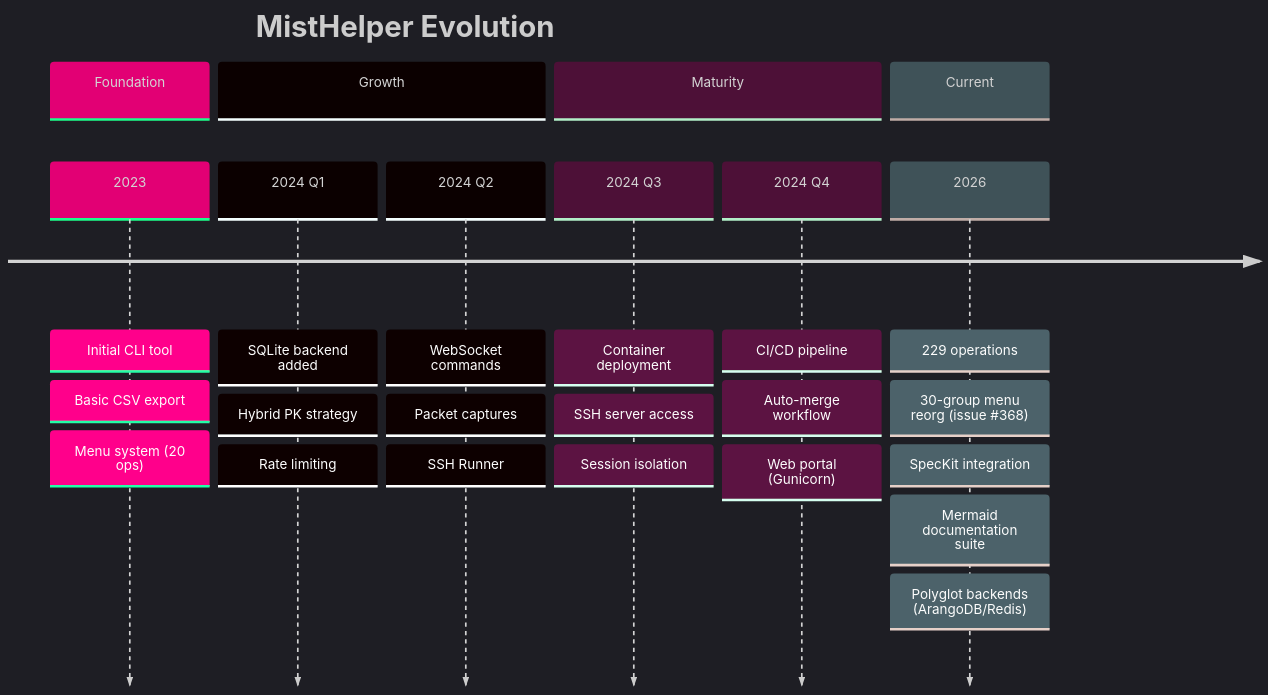
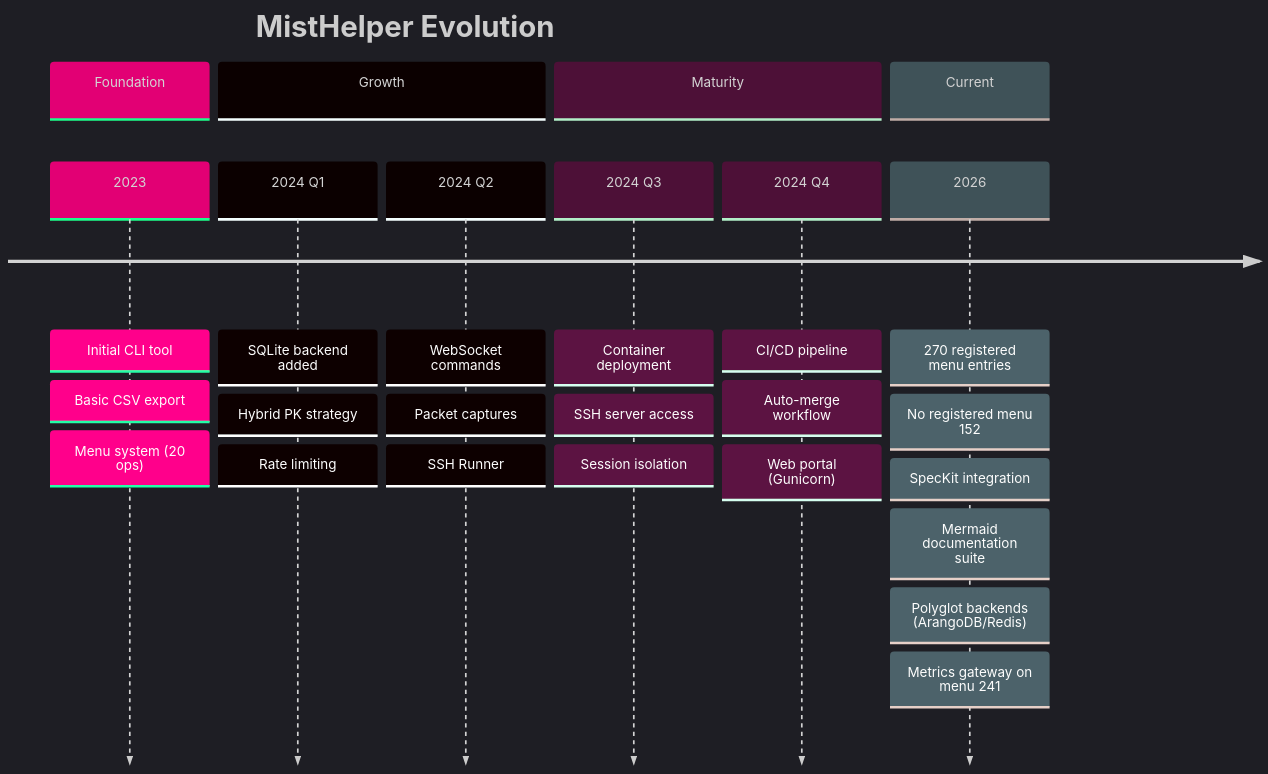
One commit to jmorrison-juniper/MistHelper changed the fifth of 5 diagrams in documentation/diagrams/operations/metrics-and-analytics.md. Above: the diagram before and after it, drawn with Mermaid. The commit also changed other lines of this file and 110 other files, not shown here.

````diff
--- a/documentation/diagrams/operations/metrics-and-analytics.md
+++ b/documentation/diagrams/operations/metrics-and-analytics.md
@@ -149,37 +149,38 @@
 ```mermaid
 %%{init: {'theme': 'dark', 'themeVariables': {
   'primaryColor': '#E20074',
   'primaryTextColor': '#E0E0E0',
   'primaryBorderColor': '#99004D',
   'lineColor': '#FF4DA6',
   'secondaryColor': '#16213E',
   'tertiaryColor': '#1A1A2E',
   'fontFamily': 'ui-monospace, monospace'
 }}}%%
 timeline
     title MistHelper Evolution
     section Foundation
         2023 : Initial CLI tool
              : Basic CSV export
              : Menu system (20 ops)
     section Growth
         2024 Q1 : SQLite backend added
                 : Hybrid PK strategy
                 : Rate limiting
         2024 Q2 : WebSocket commands
                 : Packet captures
                 : SSH Runner
     section Maturity
         2024 Q3 : Container deployment
                 : SSH server access
                 : Session isolation
         2024 Q4 : CI/CD pipeline
                 : Auto-merge workflow
                 : Web portal (Gunicorn)
     section Current
-        2026 : 229 operations
-             : 30-group menu reorg (issue #368)
+        2026 : 270 registered menu entries
+             : No registered menu 152
              : SpecKit integration
              : Mermaid documentation suite
              : Polyglot backends (ArangoDB/Redis)
+             : Metrics gateway on menu 241
 ```
````
